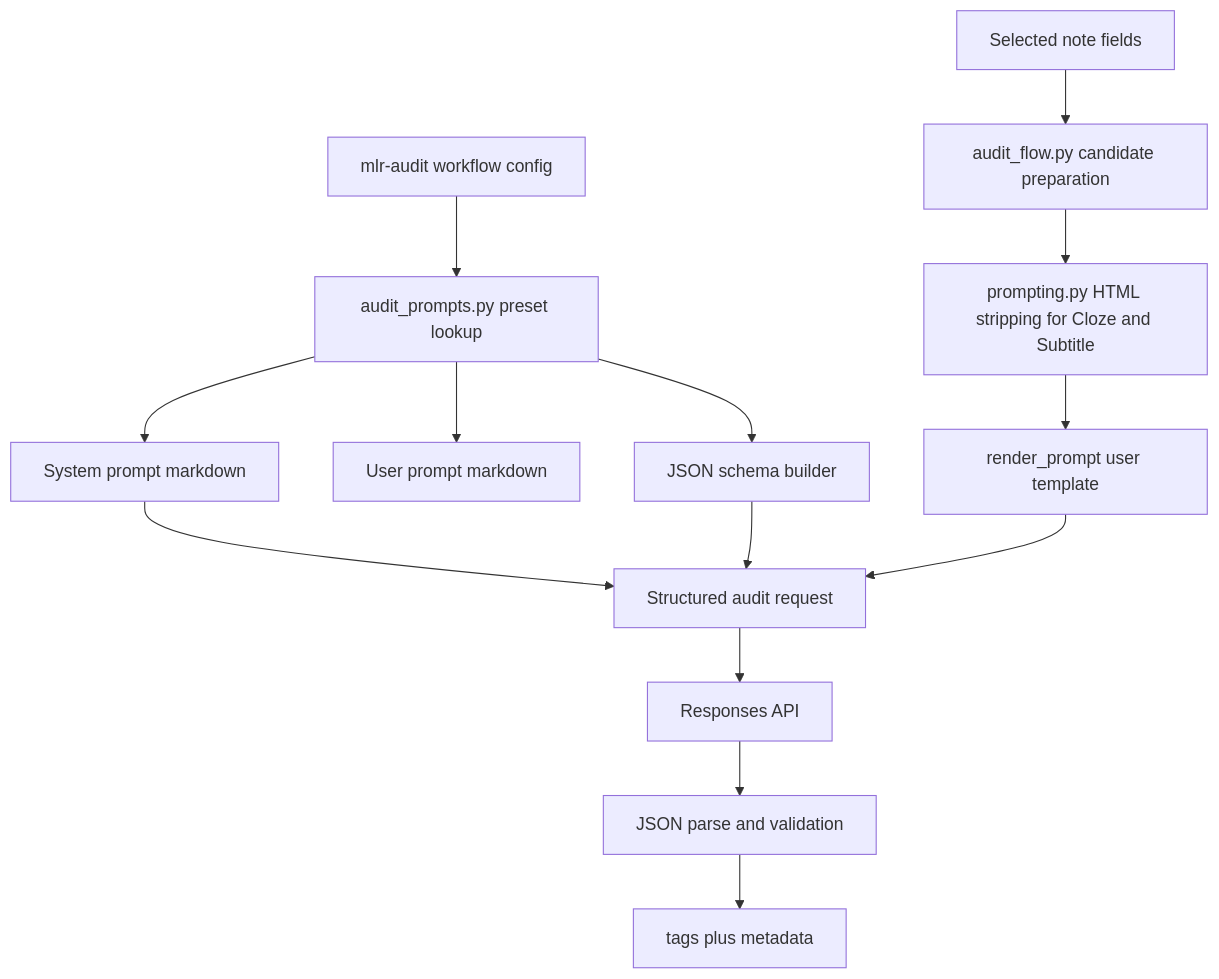
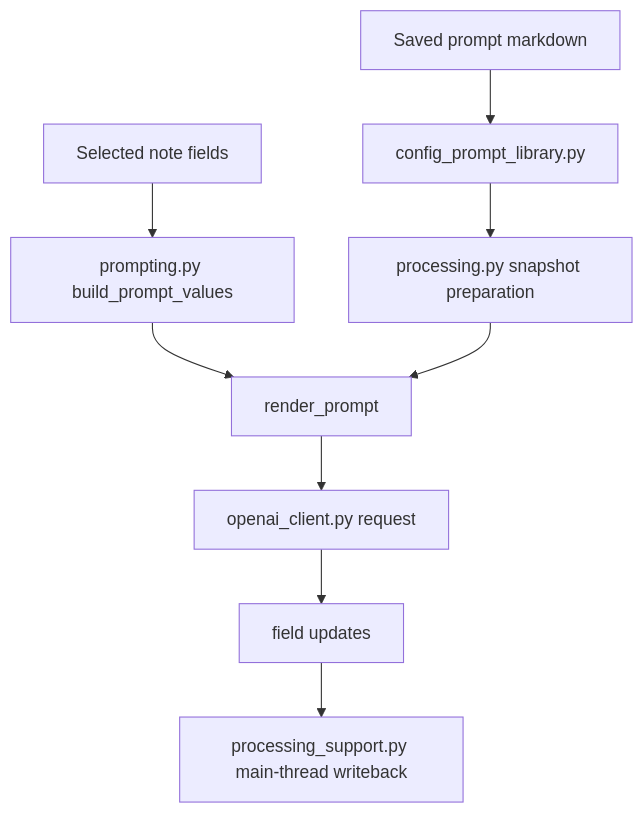
One commit to moritzvitt/anki-ai-automation changed the diagram in docs/architecture/audit-prompt-construction.md. Above: the diagram before and after it, drawn with Mermaid. The commit also changed other lines of this file and 15 other files, not shown here.

Commit message:
Refresh docs and MLR user prompts

````diff
--- a/docs/architecture/audit-prompt-construction.md
+++ b/docs/architecture/audit-prompt-construction.md
@@ -27,19 +27,11 @@
 ```mermaid
 graph TD
-    A[mlr-audit workflow config] --> B[audit_prompts.py preset lookup]
-    B --> C[System prompt markdown]
-    B --> D[User prompt markdown]
-    B --> E[JSON schema builder]
-
-    F[Selected note fields] --> G[audit_flow.py candidate preparation]
-    G --> H[prompting.py HTML stripping for Cloze and Subtitle]
-    H --> I[render_prompt user template]
-
-    C --> J[Structured audit request]
-    I --> J
-    E --> J
-
-    J --> K[Responses API]
-    K --> L[JSON parse and validation]
-    L --> M[tags plus metadata]
+    A[Saved prompt markdown] --> B[config_prompt_library.py]
+    C[Selected note fields] --> D[prompting.py build_prompt_values]
+    B --> E[processing.py snapshot preparation]
+    D --> F[render_prompt]
+    E --> F
+    F --> G[openai_client.py request]
+    G --> H[field updates]
+    H --> I[processing_support.py main-thread writeback]
 ```
````
